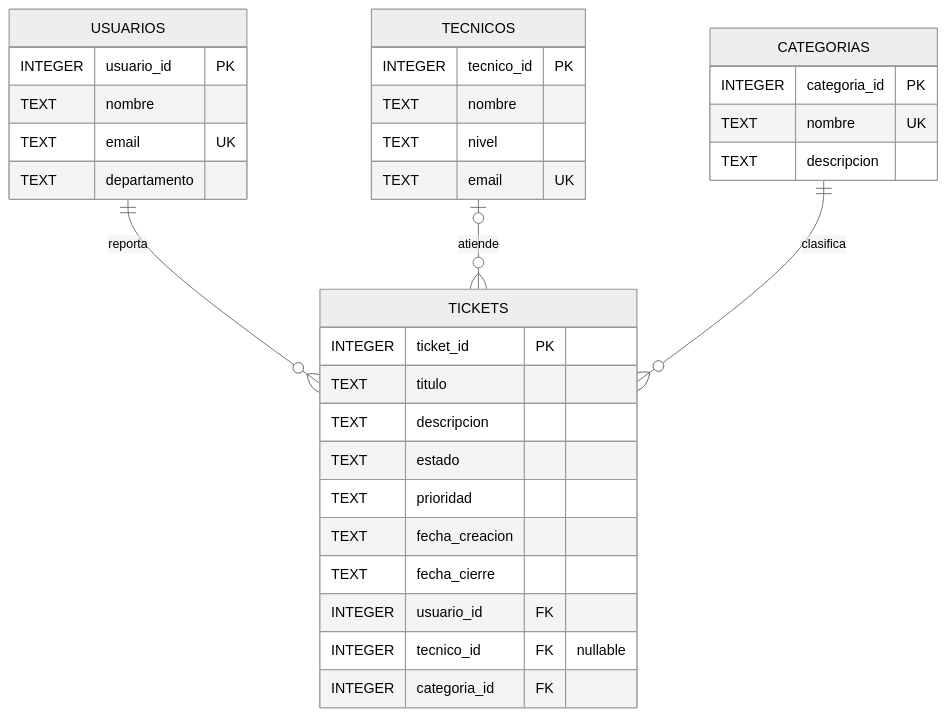
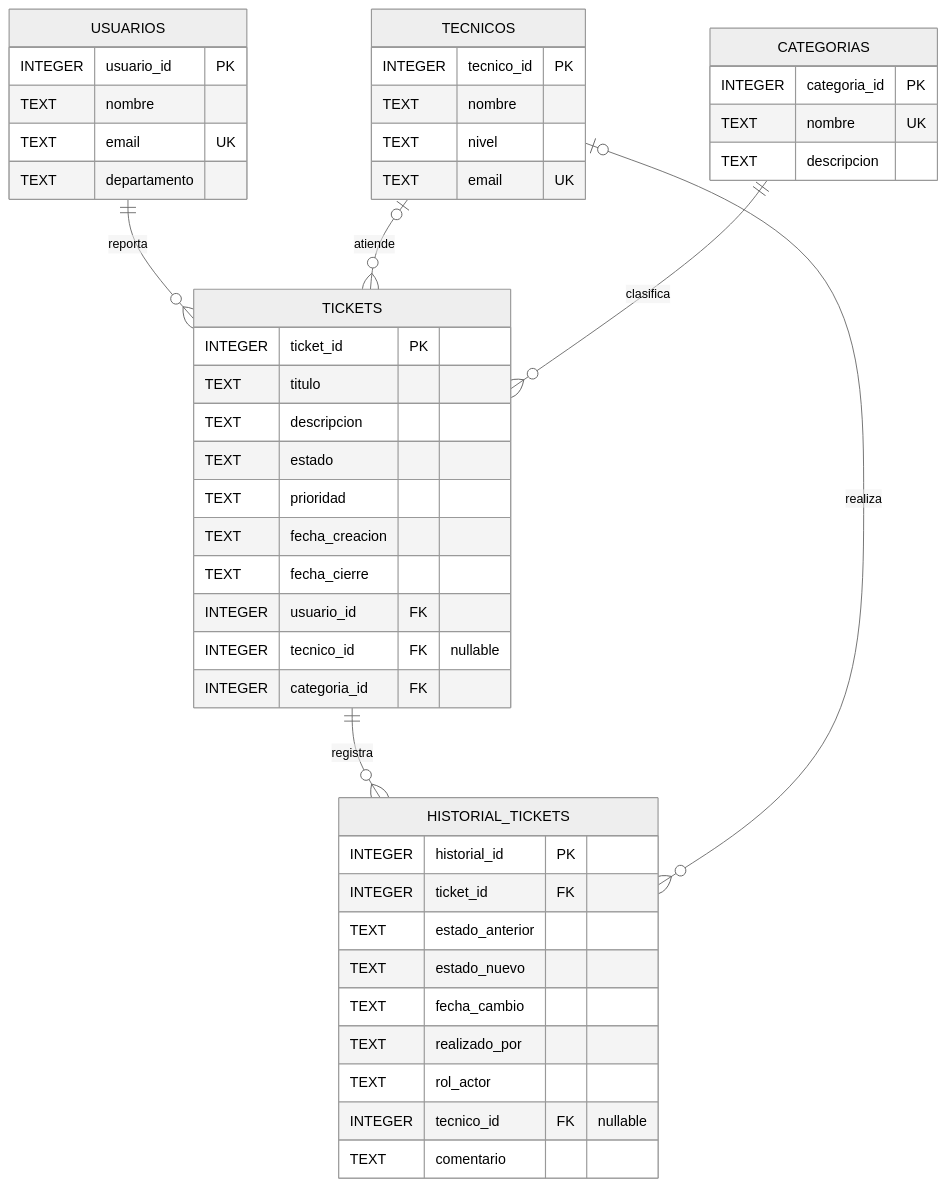
The diagram in 05_diagrama_er.md (javierblanco-code1/sql-helpdesk-ticket-manager), drawn with Mermaid (neutral theme) before and after one commit. The commit also changed other lines of this file, not shown here.

Commit message:
docs: extend ER diagram with ticket history

````diff
--- a/05_diagrama_er.md
+++ b/05_diagrama_er.md
@@ -7,39 +7,53 @@
 ```mermaid
 erDiagram
     USUARIOS ||--o{ TICKETS : "reporta"
     TECNICOS o|--o{ TICKETS : "atiende"
     CATEGORIAS ||--o{ TICKETS : "clasifica"
+    TICKETS ||--o{ HISTORIAL_TICKETS : "registra"
+    TECNICOS o|--o{ HISTORIAL_TICKETS : "realiza"
 
     USUARIOS {
         INTEGER usuario_id PK
         TEXT nombre
         TEXT email UK
         TEXT departamento
     }
 
     TECNICOS {
         INTEGER tecnico_id PK
         TEXT nombre
         TEXT nivel
         TEXT email UK
     }
 
     CATEGORIAS {
         INTEGER categoria_id PK
         TEXT nombre UK
         TEXT descripcion
     }
 
     TICKETS {
         INTEGER ticket_id PK
         TEXT titulo
         TEXT descripcion
         TEXT estado
         TEXT prioridad
         TEXT fecha_creacion
         TEXT fecha_cierre
         INTEGER usuario_id FK
         INTEGER tecnico_id FK "nullable"
         INTEGER categoria_id FK
     }
+
+    HISTORIAL_TICKETS {
+        INTEGER historial_id PK
+        INTEGER ticket_id FK
+        TEXT estado_anterior
+        TEXT estado_nuevo
+        TEXT fecha_cambio
+        TEXT realizado_por
+        TEXT rol_actor
+        INTEGER tecnico_id FK "nullable"
+        TEXT comentario
+    }
 ```
````
